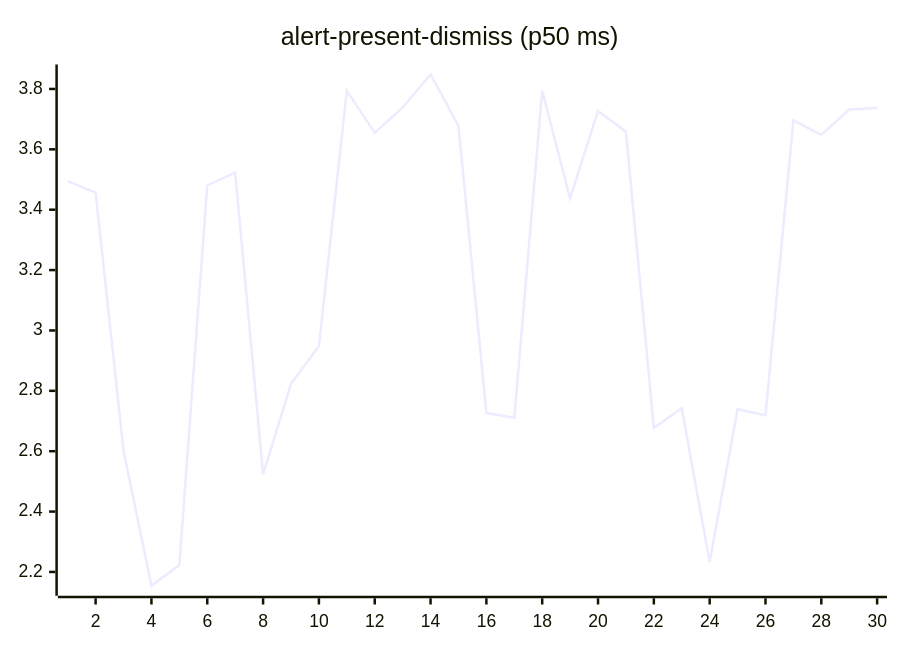
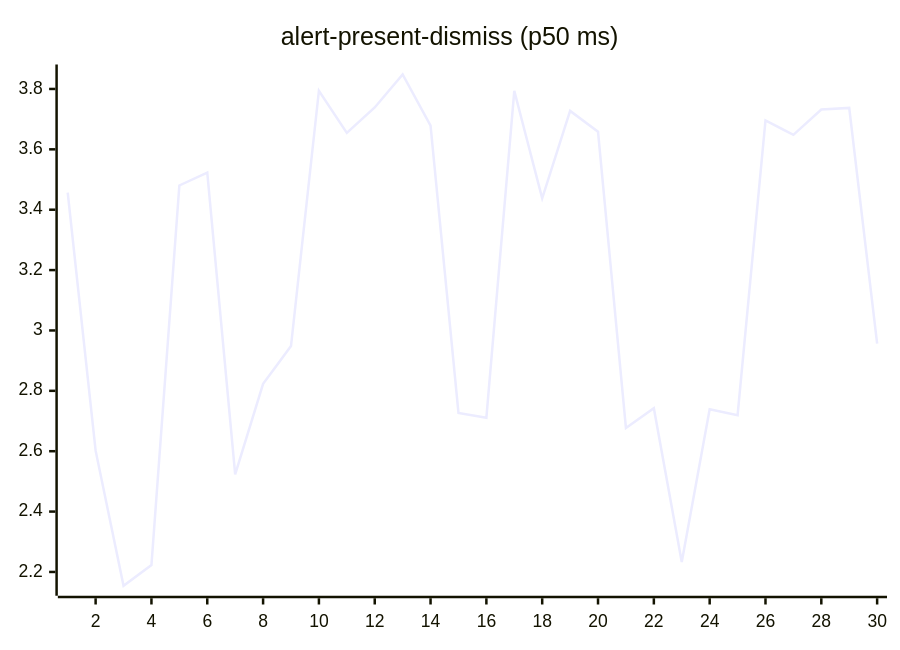
Before and after one commit to josha/Facet: the second of 27 diagrams in README.md, drawn with Mermaid. The commit also changed other lines of this file and 2 other files, not shown here.

````diff
--- a/README.md
+++ b/README.md
@@ -70,6 +70,6 @@
 ```mermaid
 xychart-beta
     title "alert-present-dismiss (p50 ms)"
     x-axis 1 --> 30
-    line [3.4949, 3.4566, 2.6019, 2.1543, 2.2230, 3.4803, 3.5227, 2.5229, 2.8233, 2.9484, 3.7942, 3.6546, 3.7386, 3.8479, 3.6788, 2.7270, 2.7111, 3.7936, 3.4376, 3.7274, 3.6582, 2.6769, 2.7425, 2.2328, 2.7393, 2.7195, 3.6955, 3.6480, 3.7318, 3.7373]
+    line [3.4566, 2.6019, 2.1543, 2.2230, 3.4803, 3.5227, 2.5229, 2.8233, 2.9484, 3.7942, 3.6546, 3.7386, 3.8479, 3.6788, 2.7270, 2.7111, 3.7936, 3.4376, 3.7274, 3.6582, 2.6769, 2.7425, 2.2328, 2.7393, 2.7195, 3.6955, 3.6480, 3.7318, 3.7373, 2.9562]
 ```
````
